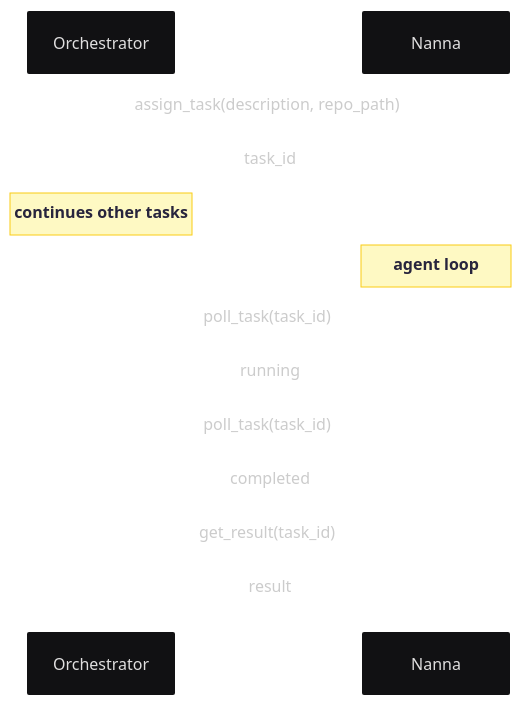
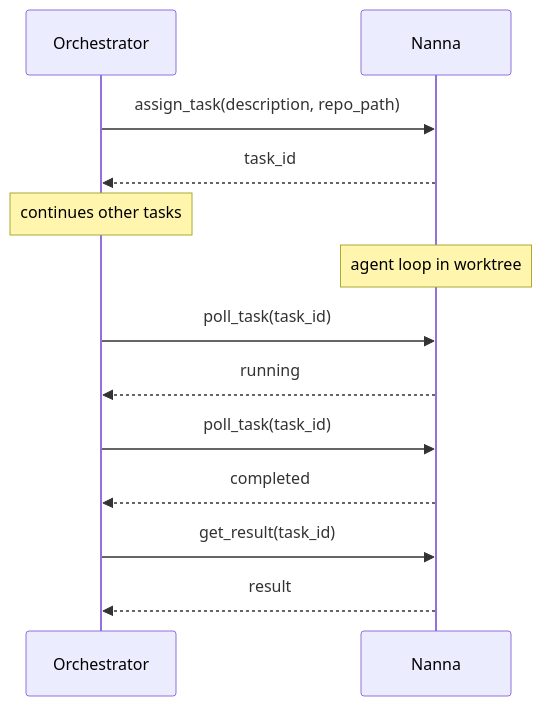
The third of 5 diagrams in ARCHITECTURE.md (DominicBurkart/nanna-coder), drawn with Mermaid before and after one commit. The commit also changed other lines of this file, not shown here.

````diff
--- a/ARCHITECTURE.md
+++ b/ARCHITECTURE.md
@@ -56,20 +90,15 @@
 ```mermaid
----
-config:
-  theme: redux-dark
-  layout: dagre
----
 sequenceDiagram
     participant O as Orchestrator
     participant N as Nanna
     O->>N: assign_task(description, repo_path)
     N-->>O: task_id
     Note over O: continues other tasks
-    Note over N: agent loop
+    Note over N: agent loop in worktree
     O->>N: poll_task(task_id)
     N-->>O: running
     O->>N: poll_task(task_id)
     N-->>O: completed
     O->>N: get_result(task_id)
     N-->>O: result
 ```
````
